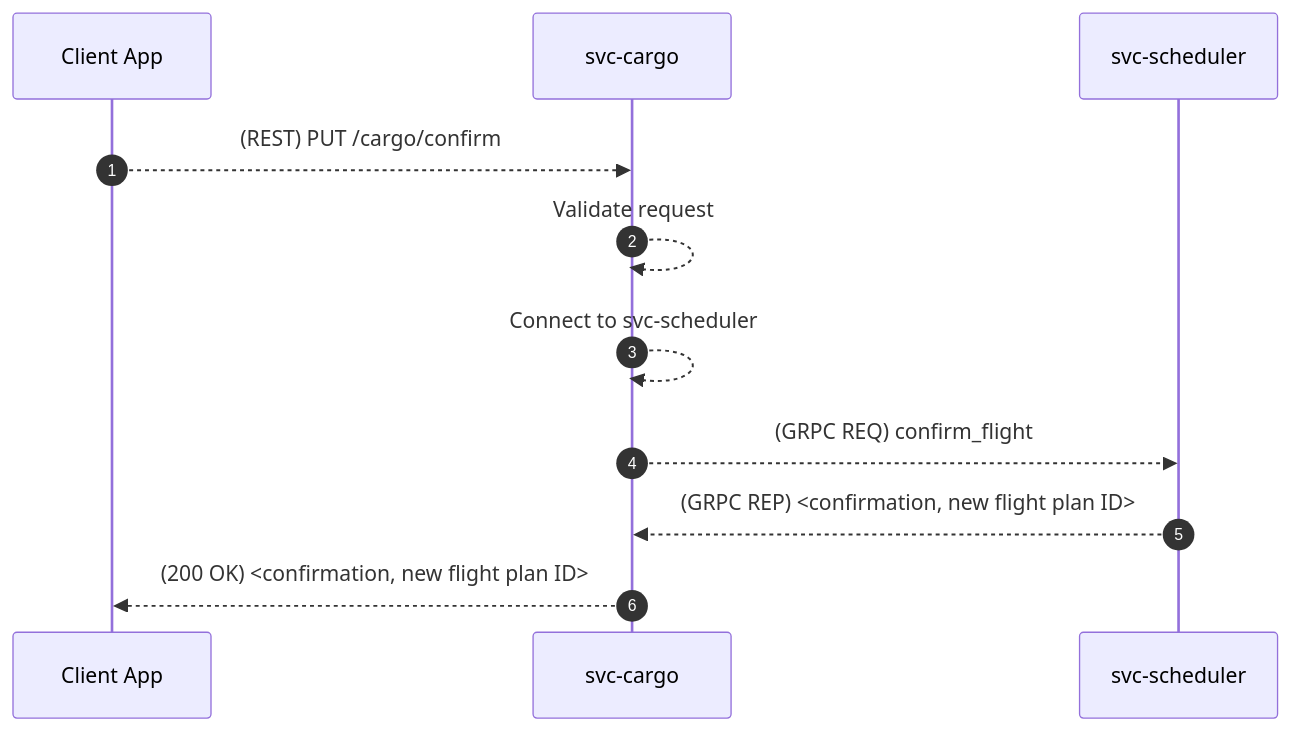
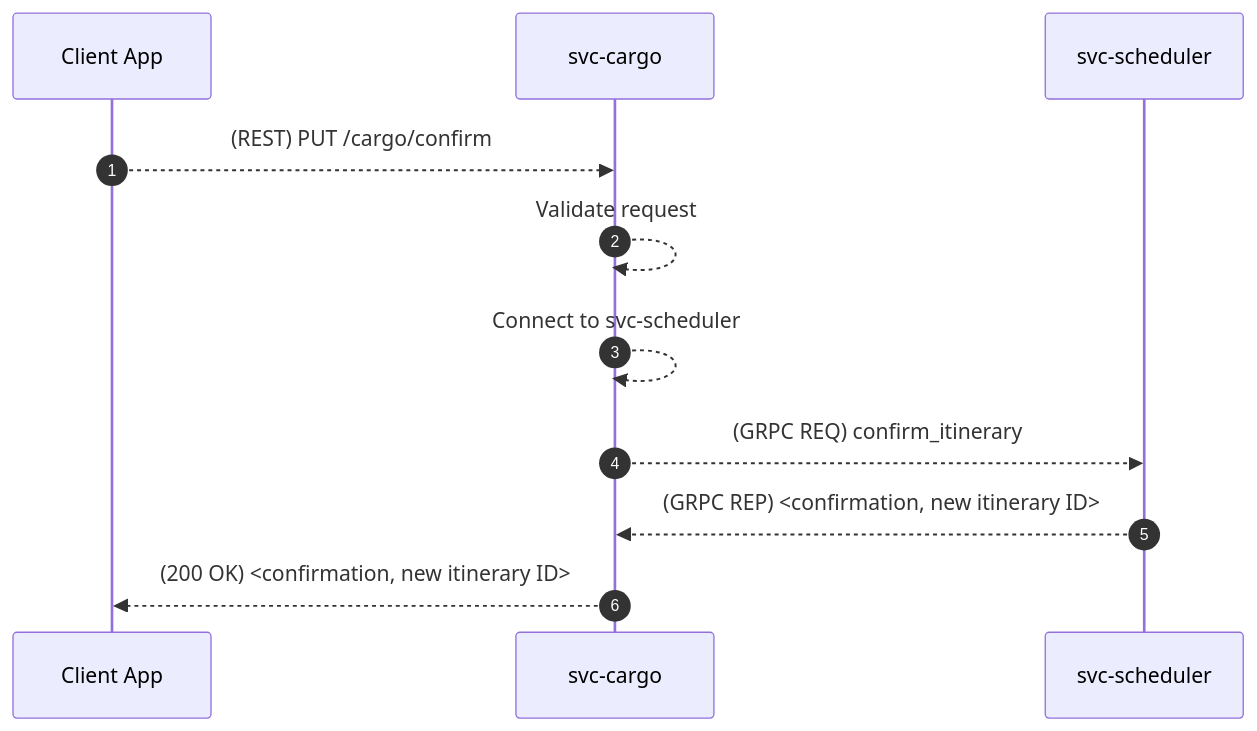
The ninth of 24 diagrams in docs/sdd.md (aetheric-oss/svc-cargo), drawn with Mermaid before and after one commit. The commit also changed other lines of this file and 9 other files, not shown here.

````diff
--- a/docs/sdd.md
+++ b/docs/sdd.md
@@ -245,13 +229,13 @@
 ```mermaid
 sequenceDiagram
     autonumber
     participant client as Client App
     participant cargo as svc-cargo
     participant scheduler as svc-scheduler
     client-->>cargo: (REST) PUT /cargo/confirm
     cargo-->>cargo: Validate request
     cargo-->>cargo: Connect to svc-scheduler
-    cargo-->>scheduler: (GRPC REQ) confirm_flight
-    scheduler-->>cargo: (GRPC REP) <confirmation, new flight plan ID>
-    cargo-->>client: (200 OK) <confirmation, new flight plan ID>
+    cargo-->>scheduler: (GRPC REQ) confirm_itinerary
+    scheduler-->>cargo: (GRPC REP) <confirmation, new itinerary ID>
+    cargo-->>client: (200 OK) <confirmation, new itinerary ID>
 ```
````
